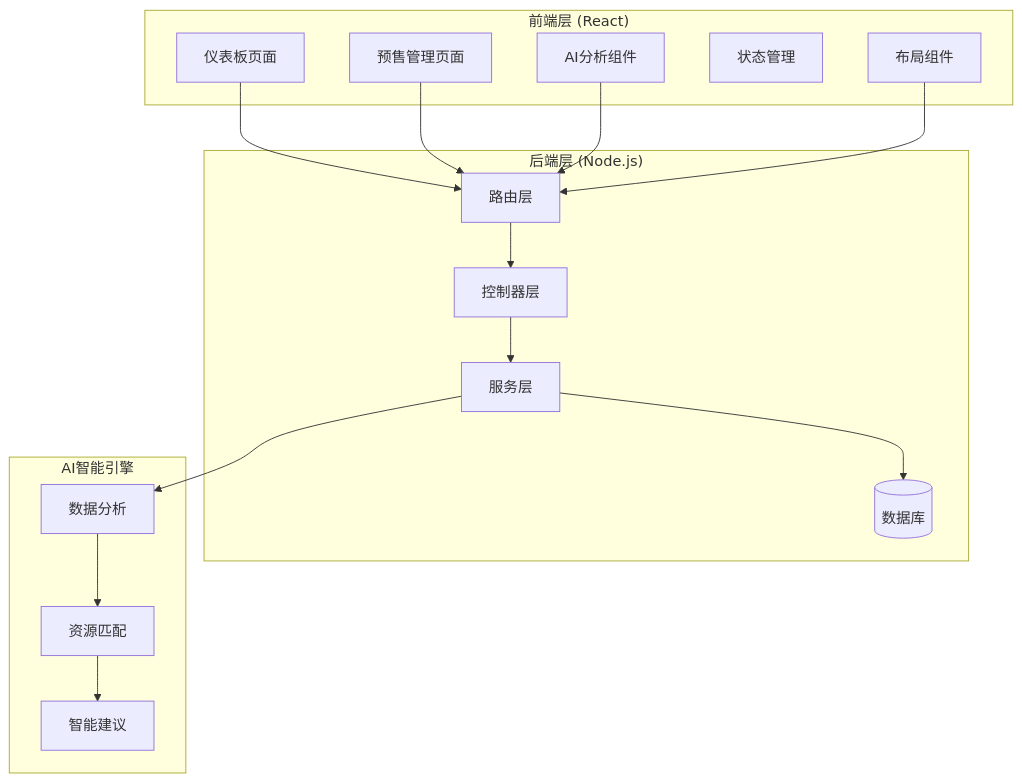
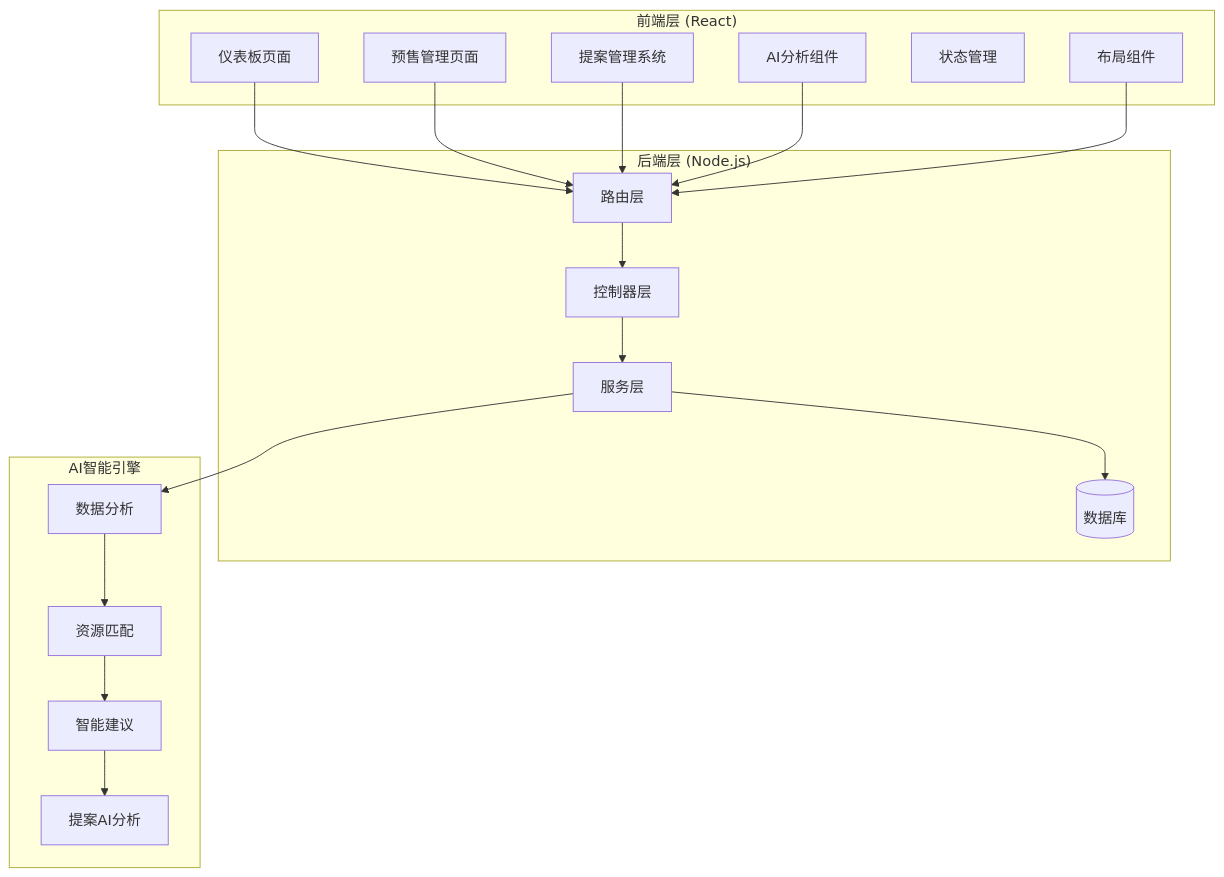
Before and after one commit to xianjianshenqu/SalesFlow-CRM: the first of 23 diagrams in .qoder/repowiki/zh/content/Pre Sales Dashboard.md, drawn with Mermaid. The commit also changed other lines of this file and 13 other files, not shown here.

````diff
--- a/.qoder/repowiki/zh/content/Pre Sales Dashboard.md
+++ b/.qoder/repowiki/zh/content/Pre Sales Dashboard.md
@@ -52,31 +64,35 @@
 ```mermaid
 graph TB
 subgraph "前端层 (React)"
 FE_Dashboard[仪表板页面]
 FE_Presales[预售管理页面]
+FE_Proposals[提案管理系统]
 FE_AI[AI分析组件]
 FE_Store[状态管理]
 FE_Layout[布局组件]
 end
 subgraph "后端层 (Node.js)"
 BE_Router[路由层]
 BE_Controller[控制器层]
 BE_Service[服务层]
 BE_DB[(数据库)]
 end
 subgraph "AI智能引擎"
 AI_Analysis[数据分析]
 AI_Matching[资源匹配]
 AI_Suggestions[智能建议]
+AI_Proposal[提案AI分析]
 end
 FE_Dashboard --> BE_Router
 FE_Presales --> BE_Router
+FE_Proposals --> BE_Router
 FE_AI --> BE_Router
 FE_Layout --> BE_Router
 BE_Router --> BE_Controller
 BE_Controller --> BE_Service
 BE_Service --> BE_DB
 BE_Service --> AI_Analysis
 AI_Analysis --> AI_Matching
 AI_Matching --> AI_Suggestions
+AI_Suggestions --> AI_Proposal
 ```
````
